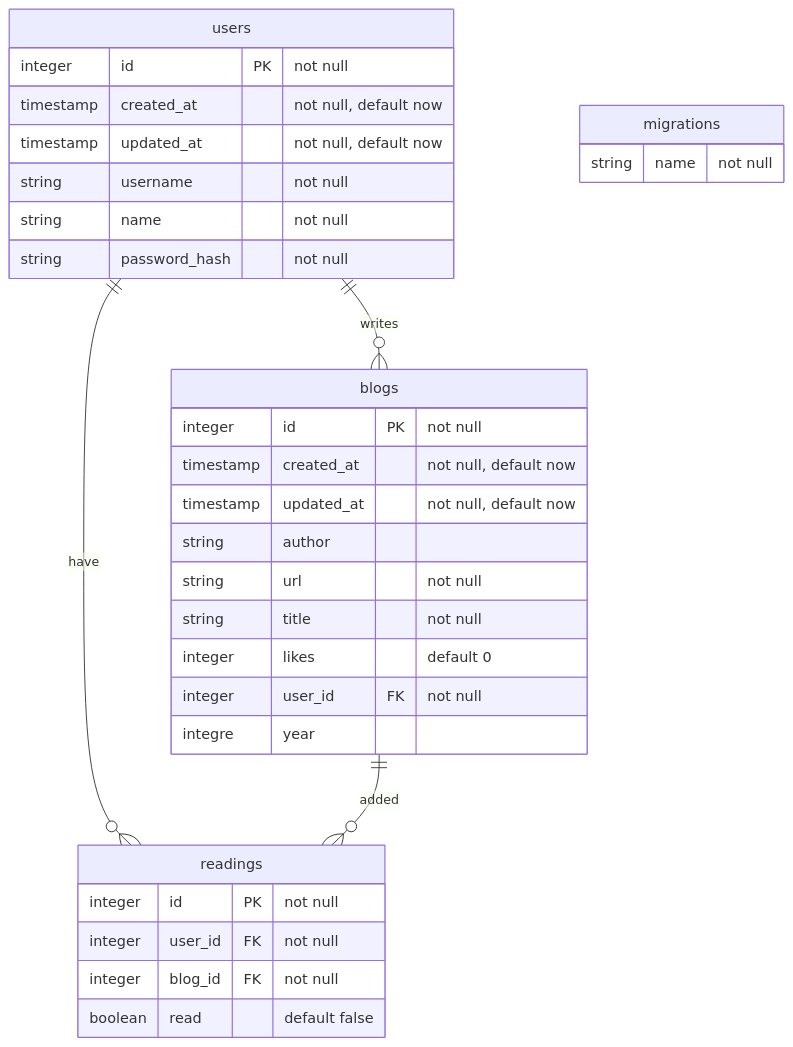
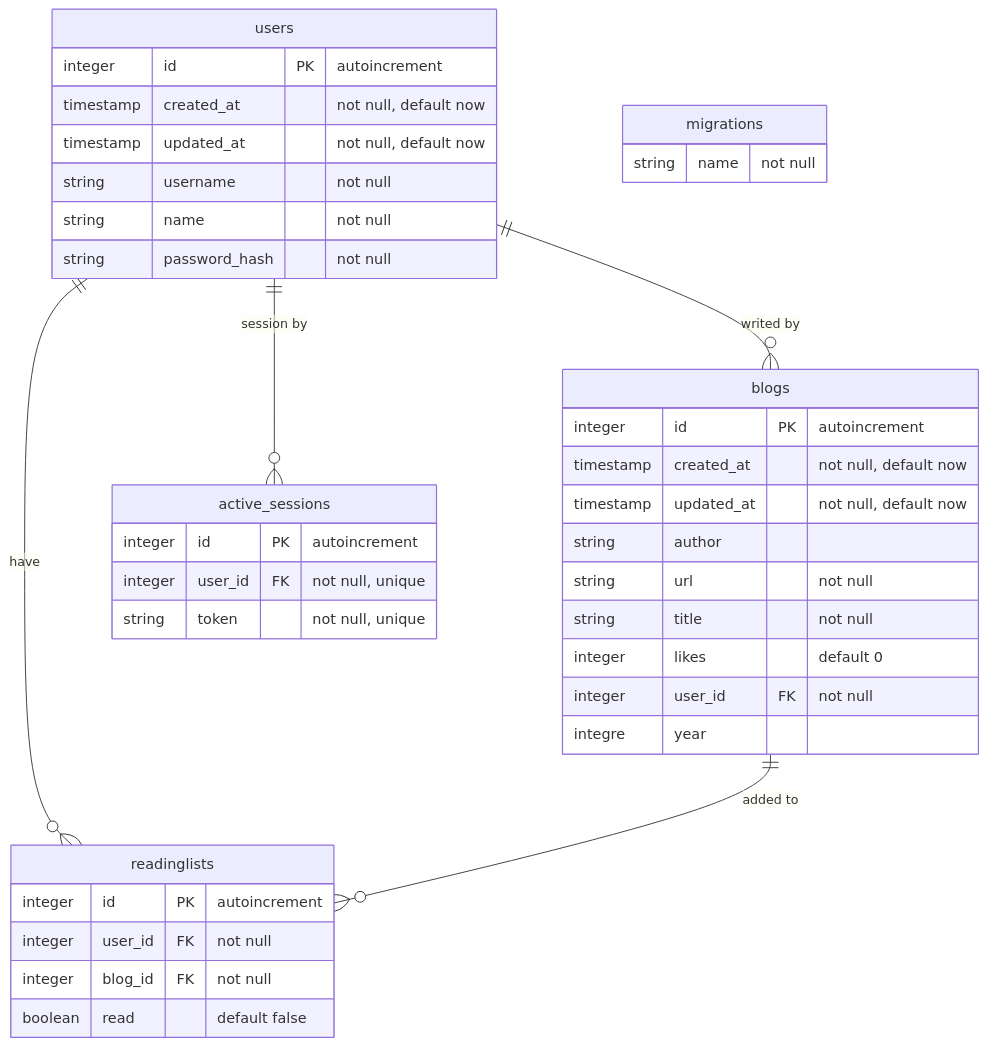
The diagram in README.md (adecora/full-stack-rdb), drawn with Mermaid before and after one commit. The commit also changed 8 other files, not shown here.

````diff
--- a/README.md
+++ b/README.md
@@ -12,34 +12,40 @@
 ```mermaid
 erDiagram
-    users ||--o{ blogs : writes
+    users ||--o{ blogs : "writed by"
     blogs {
-        integer id PK "not null"
+        integer id PK "autoincrement"
         timestamp created_at "not null, default now"
         timestamp updated_at "not null, default now"
         string author
         string url "not null"
         string title "not null"
         integer likes "default 0"
         integer user_id  FK "not null"
         integre year
     }
     users {
-        integer id PK "not null"
+        integer id PK "autoincrement"
         timestamp created_at "not null, default now"
         timestamp updated_at "not null, default now"
         string username  "not null"
         string name "not null"
         string password_hash "not null"
     }
     migrations {
         string name "not null"
     }
-    users ||--o{ readings : have
-    blogs ||--o{ readings : added
-    readings {
-        integer id PK "not null"
+    users ||--o{ readinglists : have
+    blogs ||--o{ readinglists : "added to"
+    readinglists {
+        integer id PK "autoincrement"
         integer user_id FK "not null"
         integer blog_id FK "not null"
         boolean read "default false"
     }
+    users ||--o{ active_sessions : "session by"
+    active_sessions {
+        integer id PK "autoincrement"
+        integer user_id FK "not null, unique"
+        string token "not null, unique"
+    }
 ```
````
